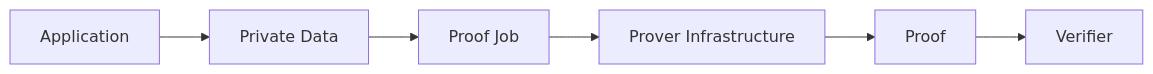
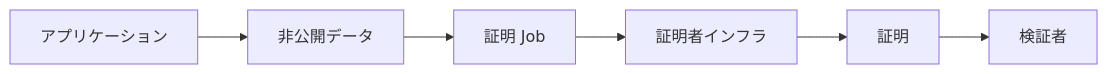
One commit to ShigeichiroYamasaki/creator-first-platform changed the third of 3 diagrams in docs/adr/ADR-0006-zero-knowledge-proof-strategy.md. Above: the diagram before and after it, drawn with Mermaid. The commit also changed other lines of this file and 72 other files, not shown here.

````diff
--- a/docs/adr/ADR-0006-zero-knowledge-proof-strategy.md
+++ b/docs/adr/ADR-0006-zero-knowledge-proof-strategy.md
@@ -584,11 +584,11 @@
 ```mermaid
 flowchart LR
-    APP[Application]
-    DATA[Private Data]
-    QUEUE[Proof Job]
-    PROVER[Prover Infrastructure]
-    PROOF[Proof]
-    VERIFY[Verifier]
+    APP[アプリケーション]
+    DATA[非公開データ]
+    QUEUE[証明 Job]
+    PROVER[証明者インフラ]
+    PROOF[証明]
+    VERIFY[検証者]
 
     APP --> DATA --> QUEUE --> PROVER --> PROOF --> VERIFY
 ```
````
